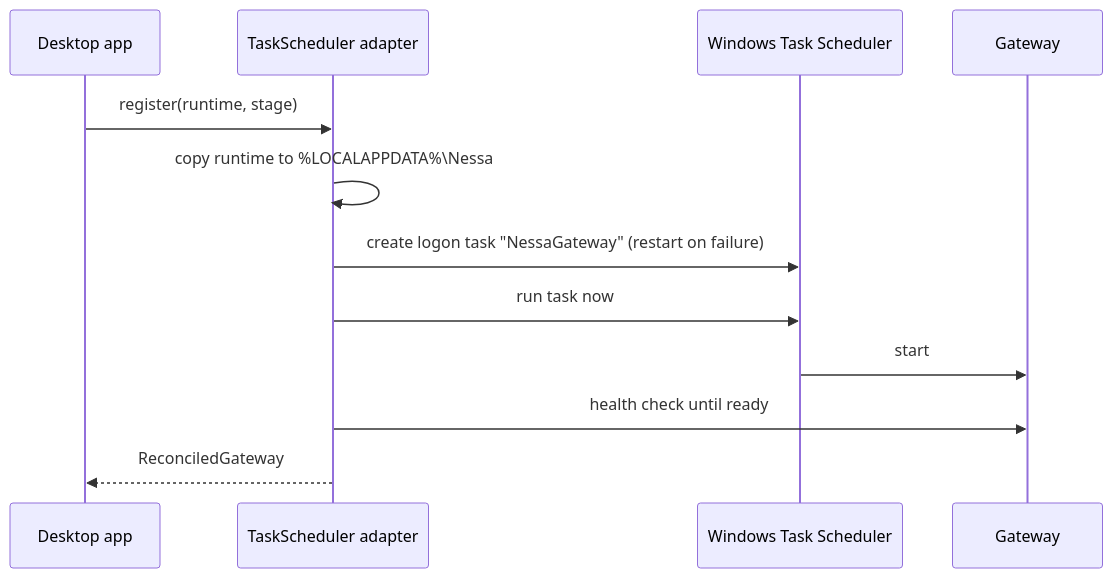
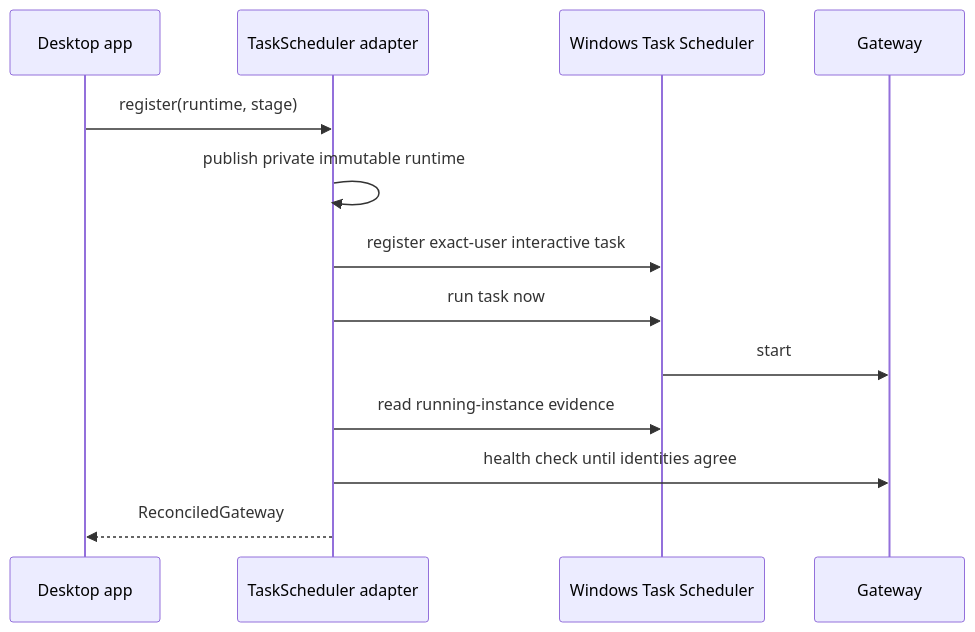
Before and after one commit to nessalabs/nessa-agent: the sixth of 7 diagrams in docs/todo/desktop-linux-windows-plan.md, drawn with Mermaid. The commit also changed other lines of this file, not shown here.

````diff
--- a/docs/todo/desktop-linux-windows-plan.md
+++ b/docs/todo/desktop-linux-windows-plan.md
@@ -201,15 +264,16 @@
 ```mermaid
 sequenceDiagram
     participant App as Desktop app
     participant TS as TaskScheduler adapter
     participant Sched as Windows Task Scheduler
     participant GW as Gateway
 
     App->>TS: register(runtime, stage)
-    TS->>TS: copy runtime to %LOCALAPPDATA%\Nessa
-    TS->>Sched: create logon task "NessaGateway" (restart on failure)
+    TS->>TS: publish private immutable runtime
+    TS->>Sched: register exact-user interactive task
     TS->>Sched: run task now
     Sched->>GW: start
-    TS->>GW: health check until ready
+    TS->>Sched: read running-instance evidence
+    TS->>GW: health check until identities agree
     TS-->>App: ReconciledGateway
 ```
````
